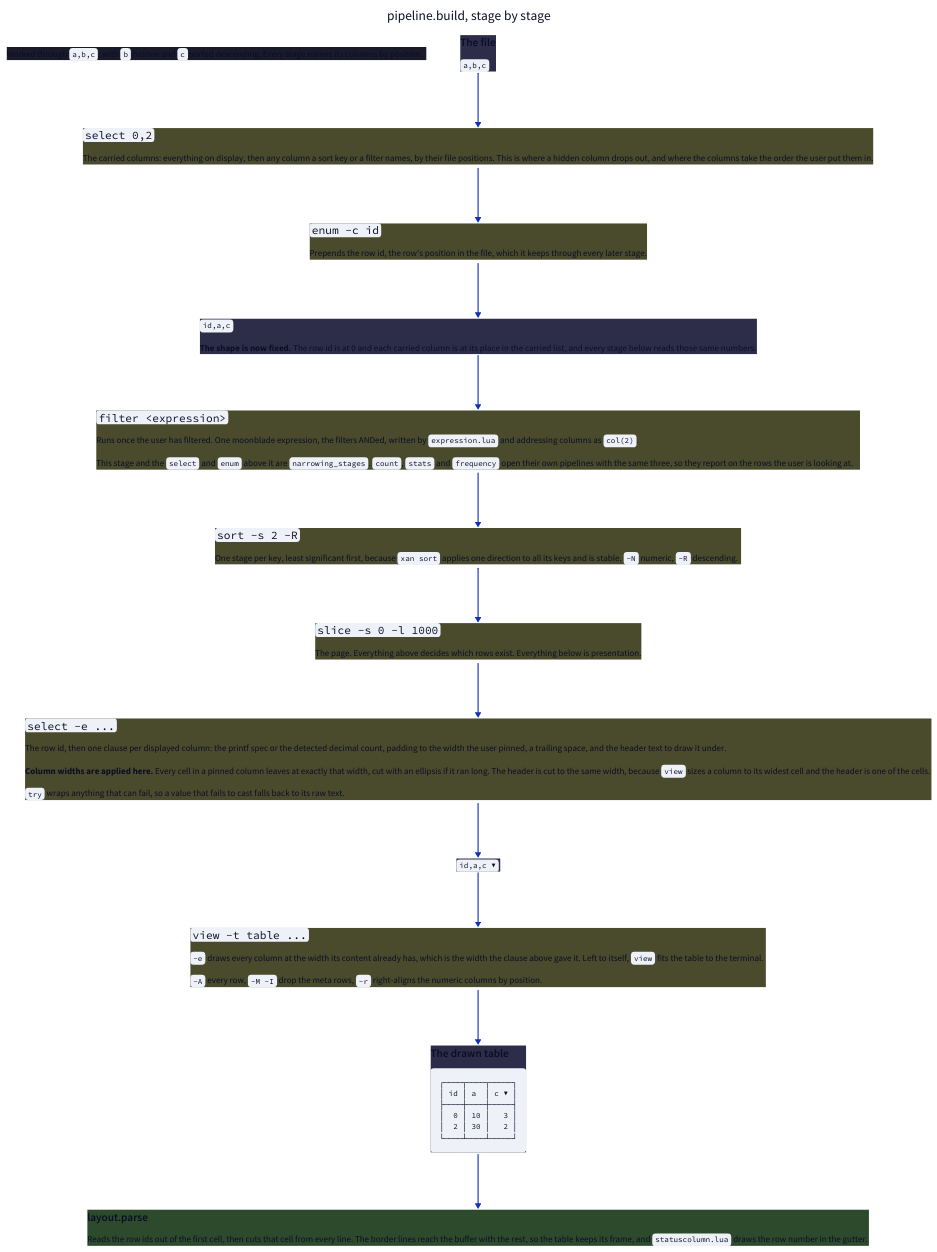
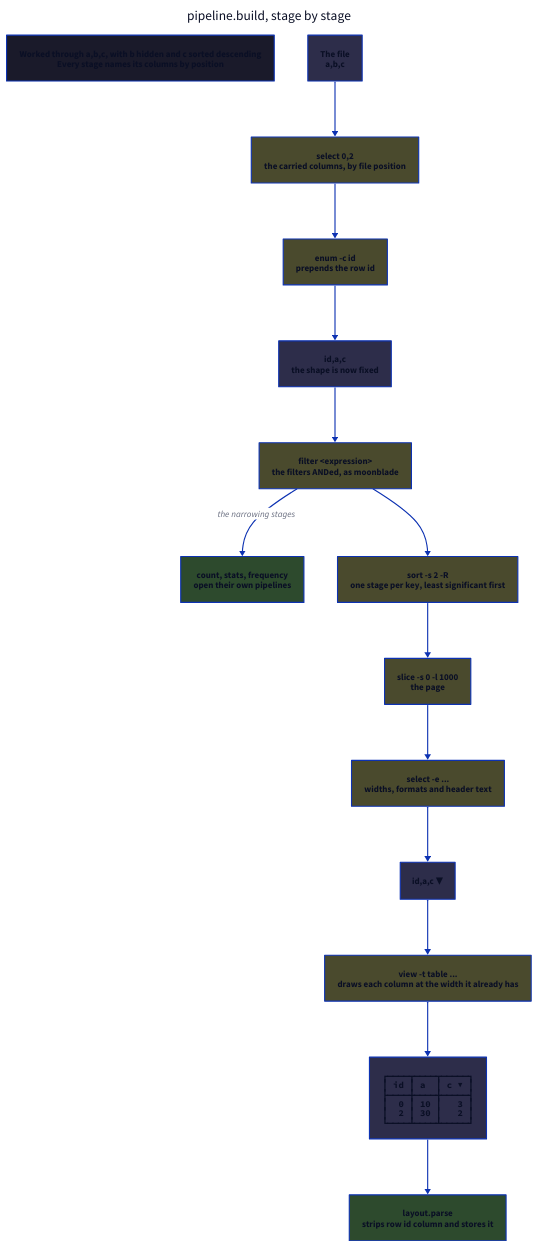
One commit to cseickel/csv-table.nvim changed the diagram in docs/05-pipeline.d2. Above: the diagram before and after it, drawn with D2. The commit also changed 9 other files, not shown here.

First line of the commit message:
docs: drop markdown blocks from d2 diagrams and add render.sh

````diff
--- a/docs/05-pipeline.d2
+++ b/docs/05-pipeline.d2
@@ -1,147 +1,47 @@
 direction: down
 
 title: pipeline.build, stage by stage {
   near: top-center
   shape: text
   style.font-size: 24
 }
 
-example: |md
-  Worked through `a,b,c`, with `b` hidden and `c` sorted descending.
-  Every stage names its columns by position.
-| {style.fill: "#1a1a2a"}
+example: "Worked through a,b,c, with b hidden and c sorted descending\nEvery stage names its columns by position" {style.fill: "#1a1a2a"}
 
 classes: {
   stage: {style.fill: "#4a4a2d"}
   shape_after: {style.fill: "#2d2d4a"}
   post: {style.fill: "#2d4a2d"}
 }
 
-source: |md
-  ### The file
-  `a,b,c`
-| {class: shape_after}
+source: "The file\na,b,c" {class: shape_after}
+select: "select 0,2\nthe carried columns, by file position" {class: stage}
+enum: "enum -c id\nprepends the row id" {class: stage}
+fixed: "id,a,c\nthe shape is now fixed" {class: shape_after}
+filter: "filter <expression>\nthe filters ANDed, as moonblade" {class: stage}
+narrowing: "count, stats, frequency\nopen their own pipelines" {class: post}
+sort: "sort -s 2 -R\none stage per key, least significant first" {class: stage}
+slice: "slice -s 0 -l 1000\nthe page" {class: stage}
+display: "select -e ...\nwidths, formats and header text" {class: stage}
+after_display: "id,a,c ▼" {class: shape_after}
+view: "view -t table ...\ndraws each column at the width it already has" {class: stage}
 
-select: |md
-  ### `select 0,2`
-  The carried columns: everything on
-  display, then any column a sort key or a
-  filter names, by their file positions.
-  This is where a hidden column drops out,
-  and where the columns take the order the
-  user put them in.
-| {class: stage}
+drawn: "┌────┬────┬─────┐\n│ id │ a  │ c ▼ │\n├────┼────┼─────┤\n│  0 │ 10 │   3 │\n│  2 │ 30 │   2 │\n└────┴────┴─────┘" {
+  class: shape_after
+  style.font: mono
+}
 
-enum: |md
-  ### `enum -c id`
-  Prepends the row id, the row's position in
-  the file, which it keeps through every
-  later stage.
-| {class: stage}
-
-fixed: |md
-  `id,a,c`
-
-  **The shape is now fixed.** The row id is
-  at 0 and each carried column is at its
-  place in the carried list, and every stage
-  below reads those same numbers.
-| {class: shape_after}
-
-filter: |md
-  ### `filter <expression>`
-  Runs once the user has filtered. One
-  moonblade expression, the filters ANDed,
-  written by `expression.lua` and addressing
-  columns as `col(2)`.
-
-  This stage and the `select` and `enum`
-  above it are `narrowing_stages`. `count`,
-  `stats` and `frequency` open their own
-  pipelines with the same three, so they
-  report on the rows the user is looking at.
-| {class: stage}
-
-sort: |md
-  ### `sort -s 2 -R`
-  One stage per key, least significant first,
-  because `xan sort` applies one direction to
-  all its keys and is stable. `-N` numeric,
-  `-R` descending.
-| {class: stage}
-
-slice: |md
-  ### `slice -s 0 -l 1000`
-  The page. Everything above decides which
-  rows exist. Everything below is presentation.
-| {class: stage}
-
-display: |md
-  ### `select -e ...`
-  The row id, then one clause per displayed
-  column: the printf spec or the detected
-  decimal count, padding to the width the
-  user pinned, a trailing space, and the
-  header text to draw it under.
-
-  **Column widths are applied here.** Every
-  cell in a pinned column leaves at exactly
-  that width, cut with an ellipsis if it ran
-  long. The header is cut to the same width,
-  because `view` sizes a column to its widest
-  cell and the header is one of the cells.
-
-  `try` wraps anything that can fail, so a
-  value that fails to cast falls back to its
-  raw text.
-| {class: stage}
-
-after_display: |md
-  `id,a,c ▼`
-| {class: shape_after}
-
-view: |md
-  ### `view -t table ...`
-  `-e` draws every column at the width its
-  content already has, which is the width the
-  clause above gave it. Left to itself, `view`
-  fits the table to the terminal.
-
-  `-A` every row, `-M -I` drop the meta rows,
-  `-r` right-aligns the numeric columns by
-  position.
-| {class: stage}
-
-drawn: |md
-  ### The drawn table
-  ```
-  ┌────┬────┬─────┐
-  │ id │ a  │ c ▼ │
-  ├────┼────┼─────┤
-  │  0 │ 10 │   3 │
-  │  2 │ 30 │   2 │
-  └────┴────┴─────┘
-  ```
-| {class: shape_after}
-
-parse: |md
-  ### layout.parse
-  Reads the row ids out of the first cell,
-  then cuts that cell from every line. The
-  border lines reach the buffer with the
-  rest, so the table keeps its frame, and
-  `statuscolumn.lua` draws the row number in
-  the gutter.
-| {class: post}
+parse: "layout.parse\nstrips row id column and stores it" {class: post}
 
 source -> select
 select -> enum
 enum -> fixed
 fixed -> filter
 filter -> sort
 sort -> slice
 slice -> display
 display -> after_display
 after_display -> view
 view -> drawn
 drawn -> parse
+filter -> narrowing: the narrowing stages
````
